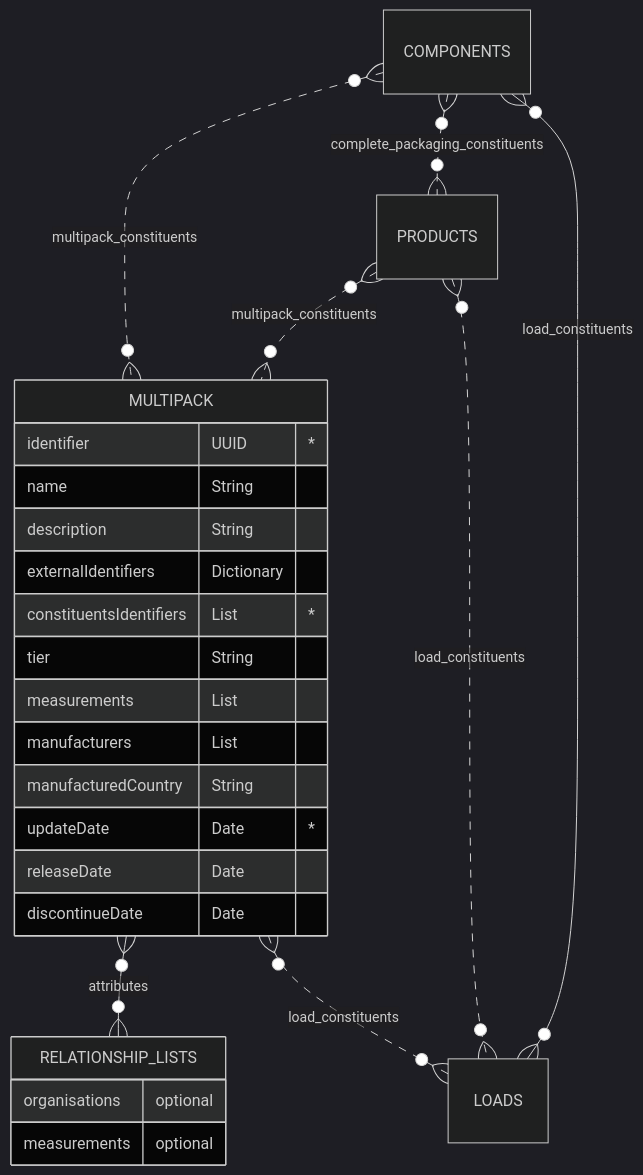
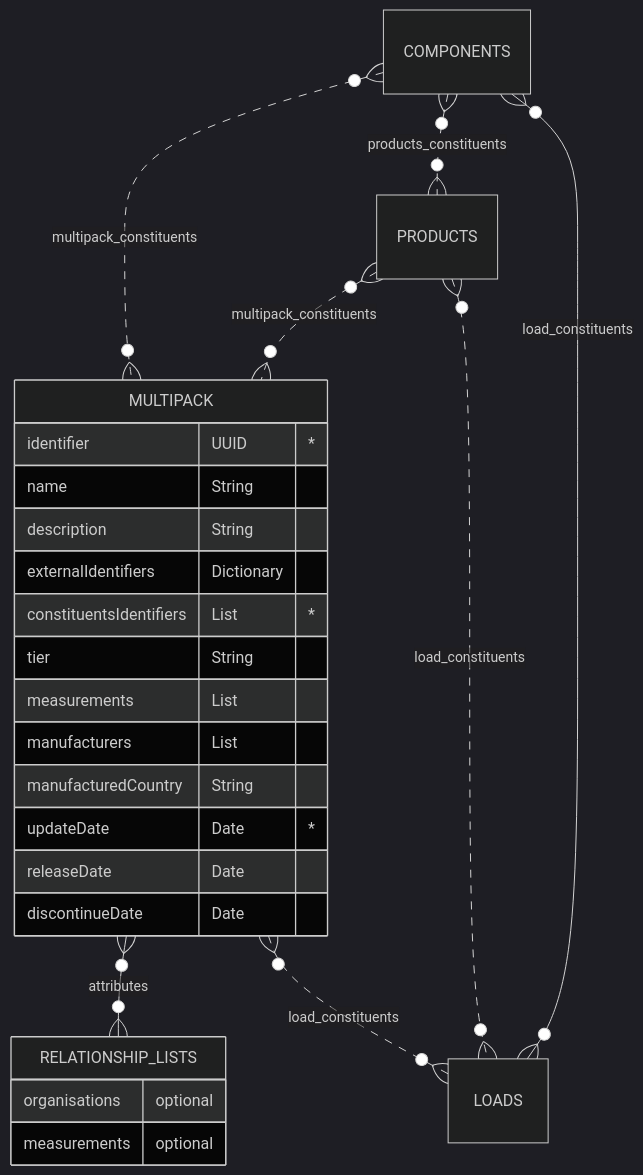
One commit to OpenDataManchester/OSTFD changed the diagram in docs/schema/multipacks.md. Above: the diagram before and after it, drawn with Mermaid (dark theme). The commit also changed other lines of this file and 7 other files, not shown here.

````diff
--- a/docs/schema/multipacks.md
+++ b/docs/schema/multipacks.md
@@ -33,28 +33,28 @@
 ``` mermaid
 erDiagram
 COMPONENTS }o..o{ MULTIPACK : multipack_constituents
-COMPONENTS }o..o{ PRODUCTS : complete_packaging_constituents
+COMPONENTS }o..o{ PRODUCTS : products_constituents
 PRODUCTS }o..o{ MULTIPACK : multipack_constituents
   MULTIPACK {
     identifier UUID "*"
     name String
     description String
     externalIdentifiers Dictionary
     constituentsIdentifiers List "*"
     tier String
     measurements List
     manufacturers List
     manufacturedCountry String
     updateDate Date "*"
     releaseDate Date
     discontinueDate Date
   }
   MULTIPACK }o--o{ RELATIONSHIP_LISTS : attributes
   PRODUCTS }o..o{ LOADS : load_constituents
   MULTIPACK }o..o{ LOADS : load_constituents
   COMPONENTS }o--o{ LOADS : load_constituents
       RELATIONSHIP_LISTS {
         organisations optional
         measurements optional
     }
 ```
````
